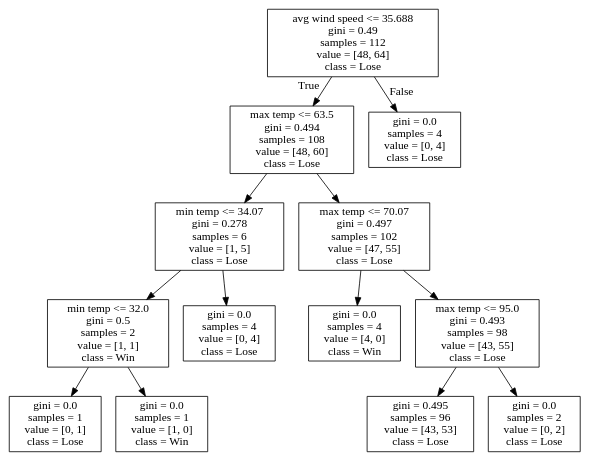
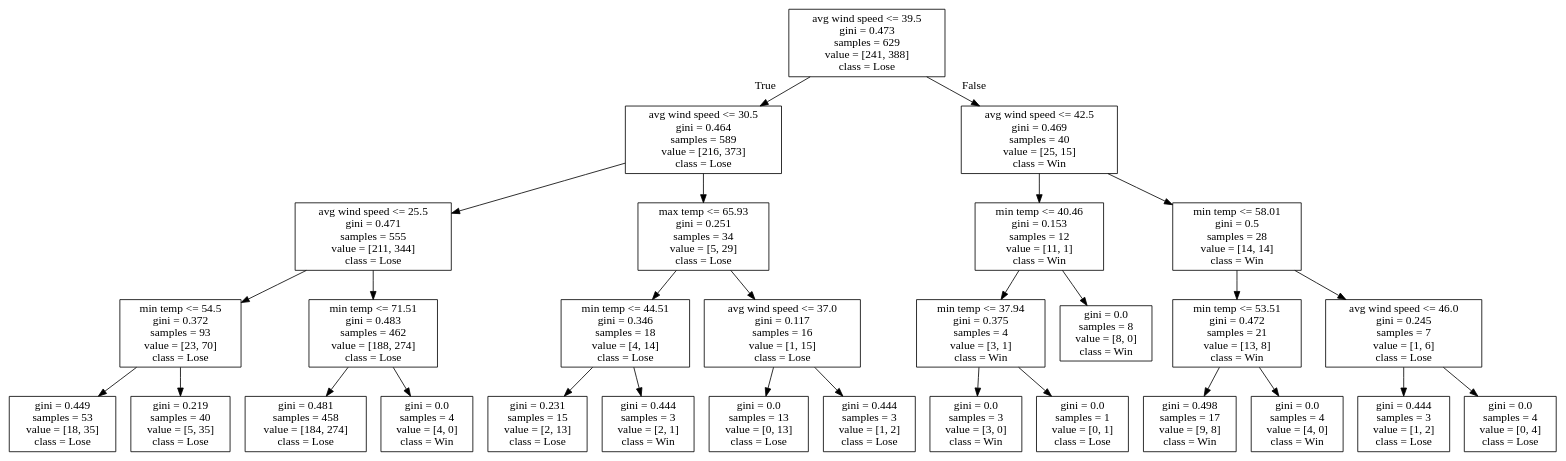
The diagram in DecisionTrees/decision_tree_no_score_or_attendance_test_602.dot (alexana-steck/CSE482Project), drawn with Graphviz before and after one commit. The commit also changed 482 other files, not shown here.

```diff
--- a/DecisionTrees/decision_tree_no_score_or_attendance_test_602.dot
+++ b/DecisionTrees/decision_tree_no_score_or_attendance_test_602.dot
@@ -1,28 +1,60 @@
 digraph Tree {
 node [shape=box] ;
-0 [label="avg wind speed <= 35.688\ngini = 0.49\nsamples = 112\nvalue = [48, 64]\nclass = Lose"] ;
-1 [label="max temp <= 63.5\ngini = 0.494\nsamples = 108\nvalue = [48, 60]\nclass = Lose"] ;
+0 [label="avg wind speed <= 39.5\ngini = 0.473\nsamples = 629\nvalue = [241, 388]\nclass = Lose"] ;
+1 [label="avg wind speed <= 30.5\ngini = 0.464\nsamples = 589\nvalue = [216, 373]\nclass = Lose"] ;
 0 -> 1 [labeldistance=2.5, labelangle=45, headlabel="True"] ;
-2 [label="min temp <= 34.07\ngini = 0.278\nsamples = 6\nvalue = [1, 5]\nclass = Lose"] ;
+2 [label="avg wind speed <= 25.5\ngini = 0.471\nsamples = 555\nvalue = [211, 344]\nclass = Lose"] ;
 1 -> 2 ;
-3 [label="min temp <= 32.0\ngini = 0.5\nsamples = 2\nvalue = [1, 1]\nclass = Win"] ;
+3 [label="min temp <= 54.5\ngini = 0.372\nsamples = 93\nvalue = [23, 70]\nclass = Lose"] ;
 2 -> 3 ;
-4 [label="gini = 0.0\nsamples = 1\nvalue = [0, 1]\nclass = Lose"] ;
+4 [label="gini = 0.449\nsamples = 53\nvalue = [18, 35]\nclass = Lose"] ;
 3 -> 4 ;
-5 [label="gini = 0.0\nsamples = 1\nvalue = [1, 0]\nclass = Win"] ;
+5 [label="gini = 0.219\nsamples = 40\nvalue = [5, 35]\nclass = Lose"] ;
 3 -> 5 ;
-6 [label="gini = 0.0\nsamples = 4\nvalue = [0, 4]\nclass = Lose"] ;
+6 [label="min temp <= 71.51\ngini = 0.483\nsamples = 462\nvalue = [188, 274]\nclass = Lose"] ;
 2 -> 6 ;
-7 [label="max temp <= 70.07\ngini = 0.497\nsamples = 102\nvalue = [47, 55]\nclass = Lose"] ;
-1 -> 7 ;
+7 [label="gini = 0.481\nsamples = 458\nvalue = [184, 274]\nclass = Lose"] ;
+6 -> 7 ;
 8 [label="gini = 0.0\nsamples = 4\nvalue = [4, 0]\nclass = Win"] ;
-7 -> 8 ;
-9 [label="max temp <= 95.0\ngini = 0.493\nsamples = 98\nvalue = [43, 55]\nclass = Lose"] ;
-7 -> 9 ;
-10 [label="gini = 0.495\nsamples = 96\nvalue = [43, 53]\nclass = Lose"] ;
+6 -> 8 ;
+9 [label="max temp <= 65.93\ngini = 0.251\nsamples = 34\nvalue = [5, 29]\nclass = Lose"] ;
+1 -> 9 ;
+10 [label="min temp <= 44.51\ngini = 0.346\nsamples = 18\nvalue = [4, 14]\nclass = Lose"] ;
 9 -> 10 ;
-11 [label="gini = 0.0\nsamples = 2\nvalue = [0, 2]\nclass = Lose"] ;
-9 -> 11 ;
-12 [label="gini = 0.0\nsamples = 4\nvalue = [0, 4]\nclass = Lose"] ;
-0 -> 12 [labeldistance=2.5, labelangle=-45, headlabel="False"] ;
+11 [label="gini = 0.231\nsamples = 15\nvalue = [2, 13]\nclass = Lose"] ;
+10 -> 11 ;
+12 [label="gini = 0.444\nsamples = 3\nvalue = [2, 1]\nclass = Win"] ;
+10 -> 12 ;
+13 [label="avg wind speed <= 37.0\ngini = 0.117\nsamples = 16\nvalue = [1, 15]\nclass = Lose"] ;
+9 -> 13 ;
+14 [label="gini = 0.0\nsamples = 13\nvalue = [0, 13]\nclass = Lose"] ;
+13 -> 14 ;
+15 [label="gini = 0.444\nsamples = 3\nvalue = [1, 2]\nclass = Lose"] ;
+13 -> 15 ;
+16 [label="avg wind speed <= 42.5\ngini = 0.469\nsamples = 40\nvalue = [25, 15]\nclass = Win"] ;
+0 -> 16 [labeldistance=2.5, labelangle=-45, headlabel="False"] ;
+17 [label="min temp <= 40.46\ngini = 0.153\nsamples = 12\nvalue = [11, 1]\nclass = Win"] ;
+16 -> 17 ;
+18 [label="min temp <= 37.94\ngini = 0.375\nsamples = 4\nvalue = [3, 1]\nclass = Win"] ;
+17 -> 18 ;
+19 [label="gini = 0.0\nsamples = 3\nvalue = [3, 0]\nclass = Win"] ;
+18 -> 19 ;
+20 [label="gini = 0.0\nsamples = 1\nvalue = [0, 1]\nclass = Lose"] ;
+18 -> 20 ;
+21 [label="gini = 0.0\nsamples = 8\nvalue = [8, 0]\nclass = Win"] ;
+17 -> 21 ;
+22 [label="min temp <= 58.01\ngini = 0.5\nsamples = 28\nvalue = [14, 14]\nclass = Win"] ;
+16 -> 22 ;
+23 [label="min temp <= 53.51\ngini = 0.472\nsamples = 21\nvalue = [13, 8]\nclass = Win"] ;
+22 -> 23 ;
+24 [label="gini = 0.498\nsamples = 17\nvalue = [9, 8]\nclass = Win"] ;
+23 -> 24 ;
+25 [label="gini = 0.0\nsamples = 4\nvalue = [4, 0]\nclass = Win"] ;
+23 -> 25 ;
+26 [label="avg wind speed <= 46.0\ngini = 0.245\nsamples = 7\nvalue = [1, 6]\nclass = Lose"] ;
+22 -> 26 ;
+27 [label="gini = 0.444\nsamples = 3\nvalue = [1, 2]\nclass = Lose"] ;
+26 -> 27 ;
+28 [label="gini = 0.0\nsamples = 4\nvalue = [0, 4]\nclass = Lose"] ;
+26 -> 28 ;
 }
```
